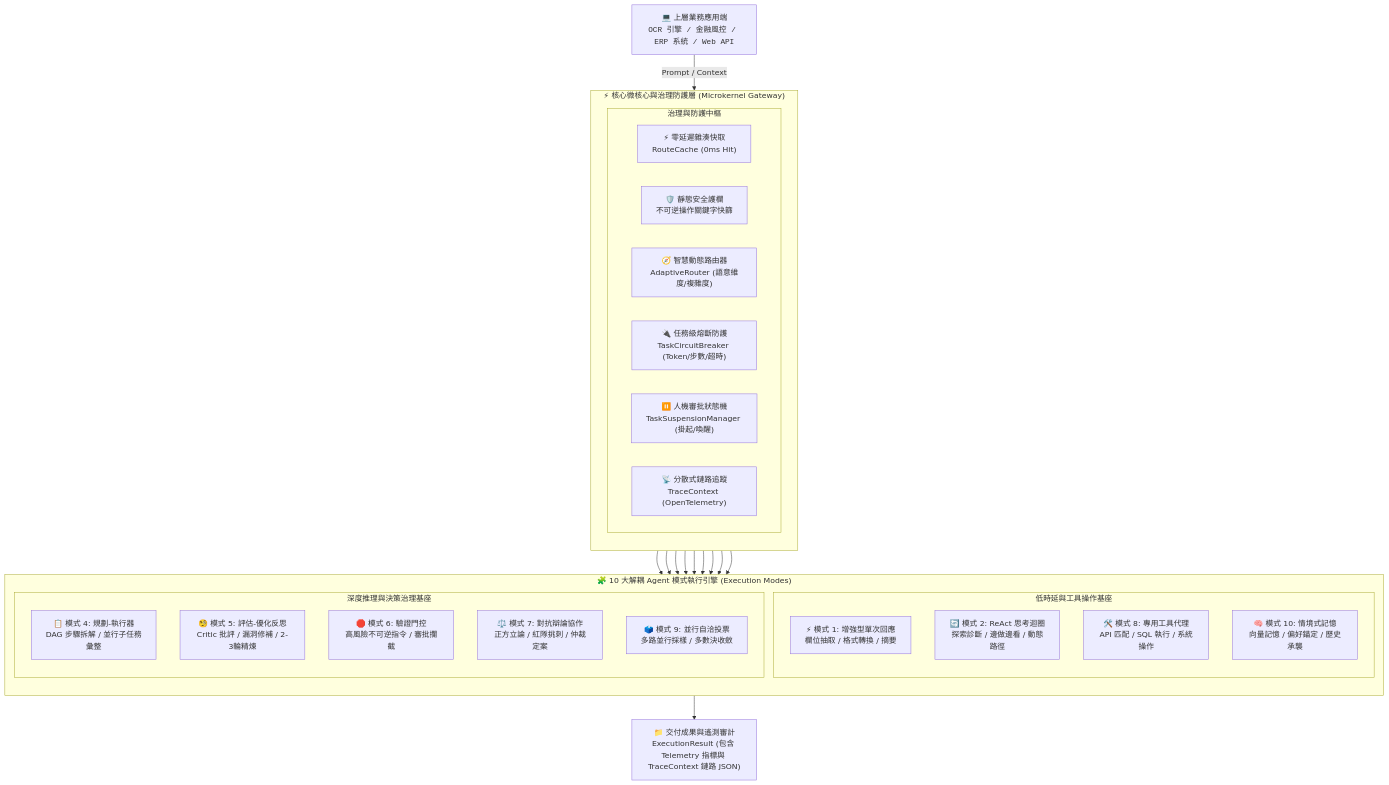
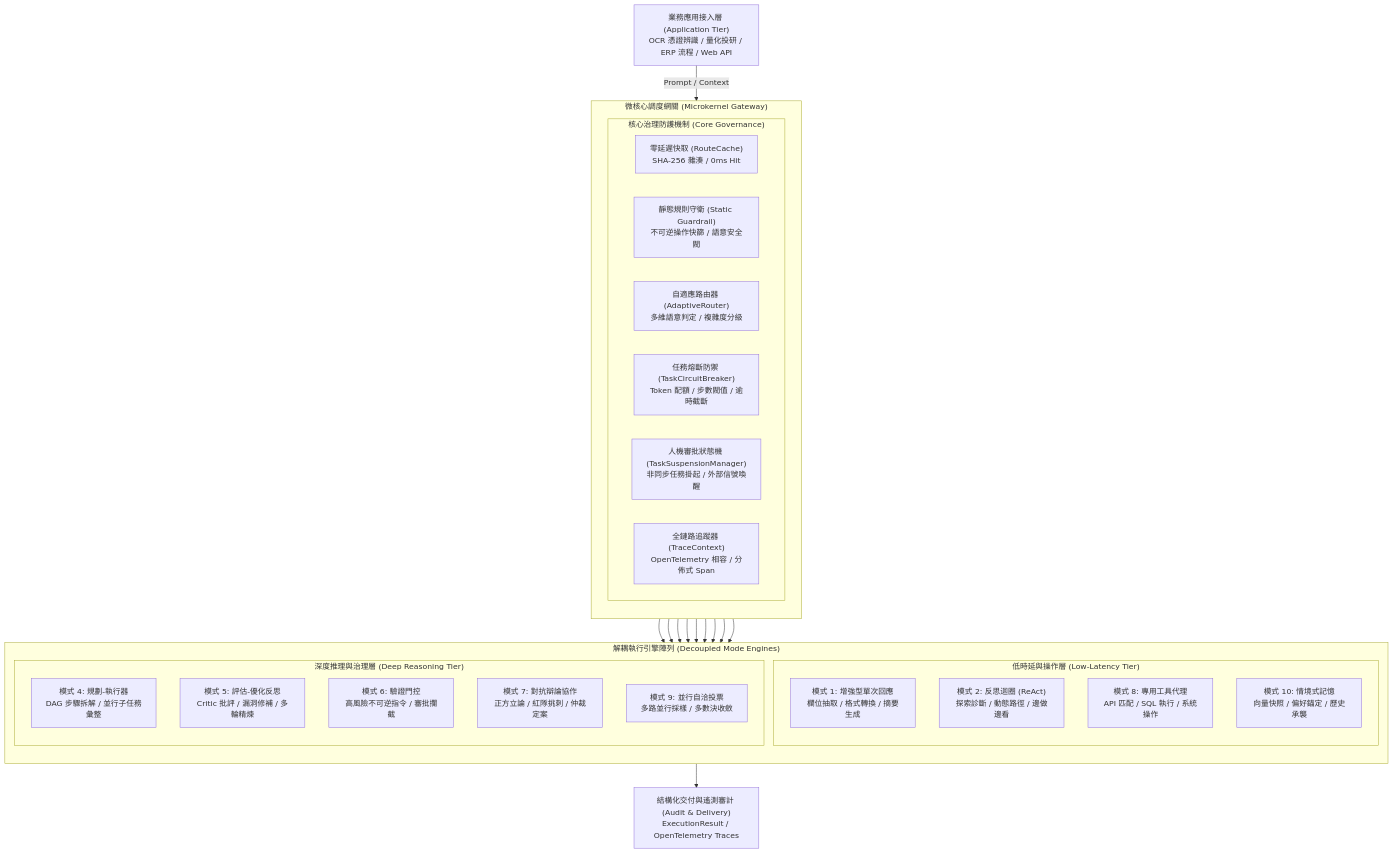
Before and after one commit to yarin0324/adaptive-agent-router: the diagram in README.md, drawn with Mermaid.

Commit message:
docs: remove all emoji icons from architecture diagrams and markdown to maintain formal engineering standards

````diff
--- a/README.md
+++ b/README.md
@@ -18,37 +18,37 @@
 ```mermaid
 flowchart TD
-    Client["💻 上層業務應用端<br><code>OCR 引擎 / 金融風控 / ERP 系統 / Web API</code>"] -->|Prompt / Context| Ingress
+    Client["業務應用接入層 (Application Tier)<br>OCR 憑證辨識 / 量化投研 / ERP 流程 / Web API"] -->|Prompt / Context| Ingress
 
-    subgraph Ingress ["⚡ 核心微核心與治理防護層 (Microkernel Gateway)"]
+    subgraph Ingress ["微核心調度網關 (Microkernel Gateway)"]
         direction TB
-        subgraph CoreServices ["治理與防護中樞"]
-            Cache["⚡ 零延遲雜湊快取<br>RouteCache (0ms Hit)"]
-            StaticGuard["🛡️ 靜態安全護欄<br>不可逆操作關鍵字快篩"]
-            Router["🧭 智慧動態路由器<br>AdaptiveRouter (語意維度/複雜度)"]
-            Breaker["🔌 任務級熔斷防護<br>TaskCircuitBreaker (Token/步數/超時)"]
-            FSM["⏸️ 人機審批狀態機<br>TaskSuspensionManager (掛起/喚醒)"]
-            Tracer["📡 分散式鏈路追蹤<br>TraceContext (OpenTelemetry)"]
+        subgraph CoreServices ["核心治理防護機制 (Core Governance)"]
+            Cache["零延遲快取 (RouteCache)<br>SHA-256 雜湊 / 0ms Hit"]
+            StaticGuard["靜態規則守衛 (Static Guardrail)<br>不可逆操作快篩 / 語意安全閥"]
+            Router["自適應路由器 (AdaptiveRouter)<br>多維語意判定 / 複雜度分級"]
+            Breaker["任務熔斷防禦 (TaskCircuitBreaker)<br>Token 配額 / 步數閥值 / 逾時截斷"]
+            FSM["人機審批狀態機 (TaskSuspensionManager)<br>非同步任務掛起 / 外部信號喚醒"]
+            Tracer["全鏈路追蹤器 (TraceContext)<br>OpenTelemetry 相容 / 分佈式 Span"]
         end
     end
 
     Ingress --> M1 & M2 & M4 & M5 & M6 & M7 & M8 & M9 & M10
 
-    subgraph Engines ["🧩 10 大解耦 Agent 模式執行引擎 (Execution Modes)"]
+    subgraph Engines ["解耦執行引擎陣列 (Decoupled Mode Engines)"]
         direction TB
-        subgraph LowLatencyTier ["低時延與工具操作基座"]
-            M1["⚡ 模式 1: 增強型單次回應<br>欄位抽取 / 格式轉換 / 摘要"]
-            M2["🔄 模式 2: ReAct 思考迴圈<br>探索診斷 / 邊做邊看 / 動態路徑"]
-            M8["🛠️ 模式 8: 專用工具代理<br>API 匹配 / SQL 執行 / 系統操作"]
-            M10["🧠 模式 10: 情境式記憶<br>向量記憶 / 偏好錨定 / 歷史承襲"]
+        subgraph LowLatencyTier ["低時延與操作層 (Low-Latency Tier)"]
+            M1["模式 1: 增強型單次回應<br>欄位抽取 / 格式轉換 / 摘要生成"]
+            M2["模式 2: 反思迴圈 (ReAct)<br>探索診斷 / 動態路徑 / 邊做邊看"]
+            M8["模式 8: 專用工具代理<br>API 匹配 / SQL 執行 / 系統操作"]
+            M10["模式 10: 情境式記憶<br>向量快照 / 偏好錨定 / 歷史承襲"]
         end
-        subgraph HighReasoningTier ["深度推理與決策治理基座"]
-            M4["📋 模式 4: 規劃-執行器<br>DAG 步驟拆解 / 並行子任務彙整"]
-            M5["🧐 模式 5: 評估-優化反思<br>Critic 批評 / 漏洞修補 / 2-3輪精煉"]
-            M6["🛑 模式 6: 驗證門控<br>高風險不可逆指令 / 審批攔截"]
-            M7["⚖️ 模式 7: 對抗辯論協作<br>正方立論 / 紅隊挑刺 / 仲裁定案"]
-            M9["🗳️ 模式 9: 並行自洽投票<br>多路並行採樣 / 多數決收斂"]
+        subgraph HighReasoningTier ["深度推理與治理層 (Deep Reasoning Tier)"]
+            M4["模式 4: 規劃-執行器<br>DAG 步驟拆解 / 並行子任務彙整"]
+            M5["模式 5: 評估-優化反思<br>Critic 批評 / 漏洞修補 / 多輪精煉"]
+            M6["模式 6: 驗證門控<br>高風險不可逆指令 / 審批攔截"]
+            M7["模式 7: 對抗辯論協作<br>正方立論 / 紅隊挑刺 / 仲裁定案"]
+            M9["模式 9: 並行自洽投票<br>多路並行採樣 / 多數決收斂"]
         end
     end
 
-    Engines --> Output["📁 交付成果與遙測審計<br>ExecutionResult (包含 Telemetry 指標與 TraceContext 鏈路 JSON)"]
+    Engines --> Output["結構化交付與遙測審計 (Audit & Delivery)<br>ExecutionResult / OpenTelemetry Traces"]
 ```
````
